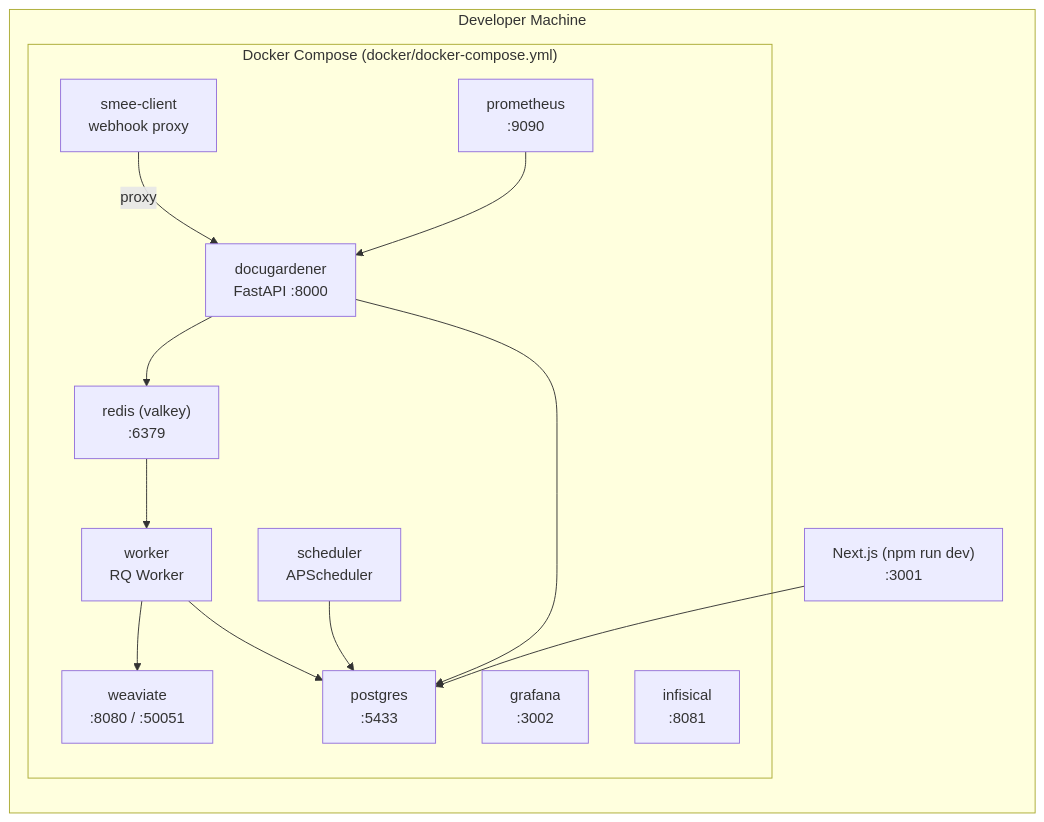
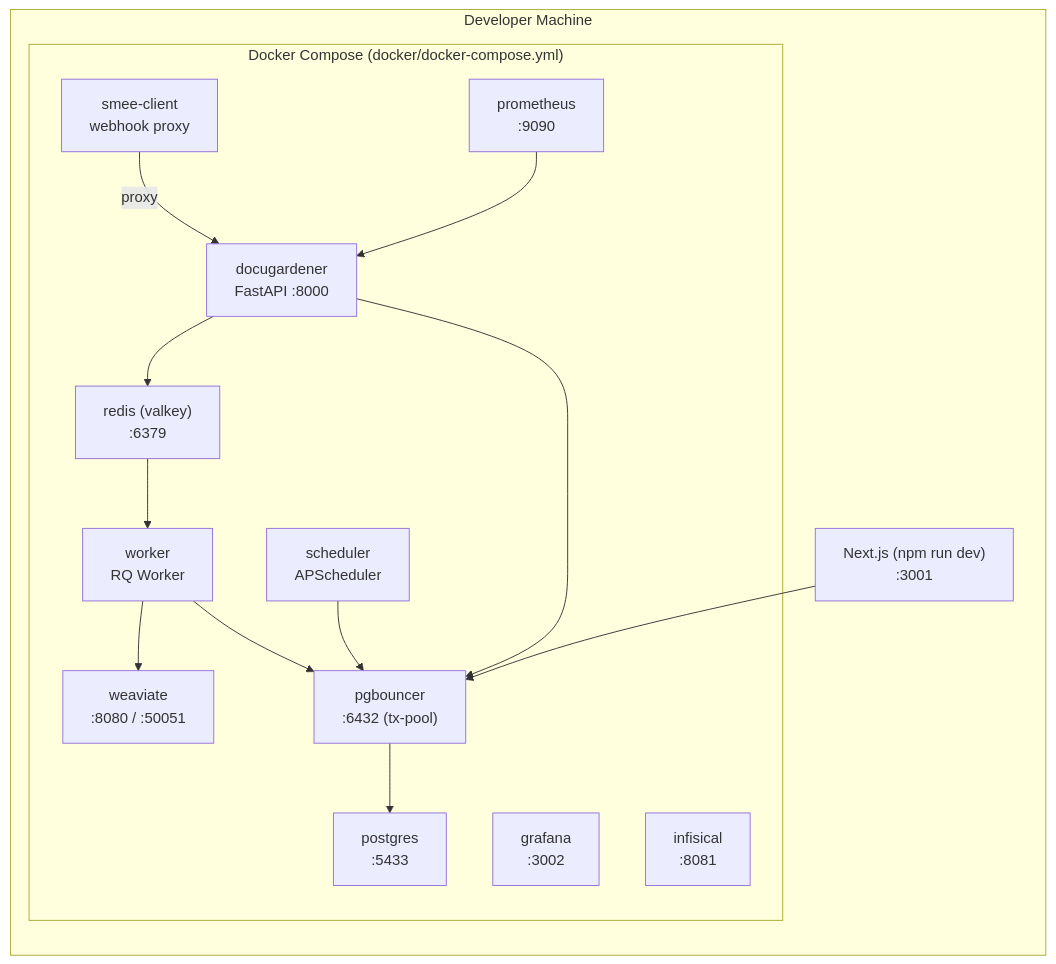
Before and after one commit to docugardener/docugardener: the first of 4 diagrams in docs/architecture/SAD-03-Deployment-Operations.md, drawn with Mermaid. The commit also changed other lines of this file and 8 other files, not shown here.

````diff
--- a/docs/architecture/SAD-03-Deployment-Operations.md
+++ b/docs/architecture/SAD-03-Deployment-Operations.md
@@ -24,28 +25,29 @@
 ```mermaid
 graph LR
     subgraph "Developer Machine"
         subgraph "Docker Compose (docker/docker-compose.yml)"
             API["docugardener<br/>FastAPI :8000"]
             WRK["worker<br/>RQ Worker"]
             SCH["scheduler<br/>APScheduler"]
             RED["redis (valkey)<br/>:6379"]
+            PGB["pgbouncer<br/>:6432 (tx-pool)"]
             PG["postgres<br/>:5433"]
             WV["weaviate<br/>:8080 / :50051"]
             SMEE["smee-client<br/>webhook proxy"]
             PROM["prometheus<br/>:9090"]
             GRAF["grafana<br/>:3002"]
             INF["infisical<br/>:8081"]
         end
         WEB["Next.js (npm run dev)<br/>:3001"]
     end
 
     SMEE -->|proxy| API
     API --> RED
     RED --> WRK
     WRK --> WV
-    WRK --> PG
-    API --> PG
-    WEB --> PG
-    SCH --> PG
+    WRK --> PGB --> PG
+    API --> PGB
+    WEB --> PGB
+    SCH --> PGB
     PROM --> API
 ```
````
